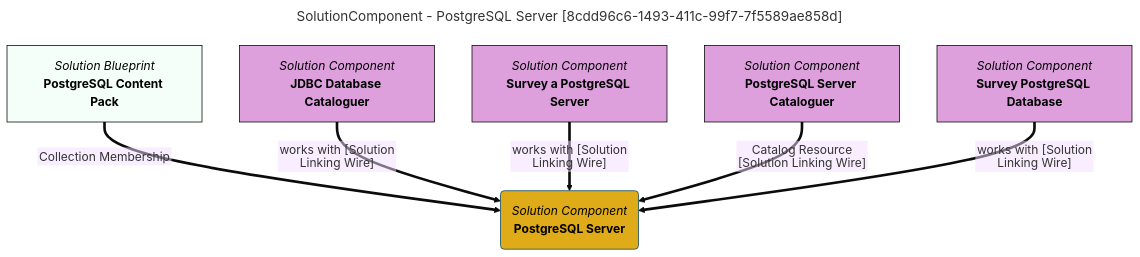
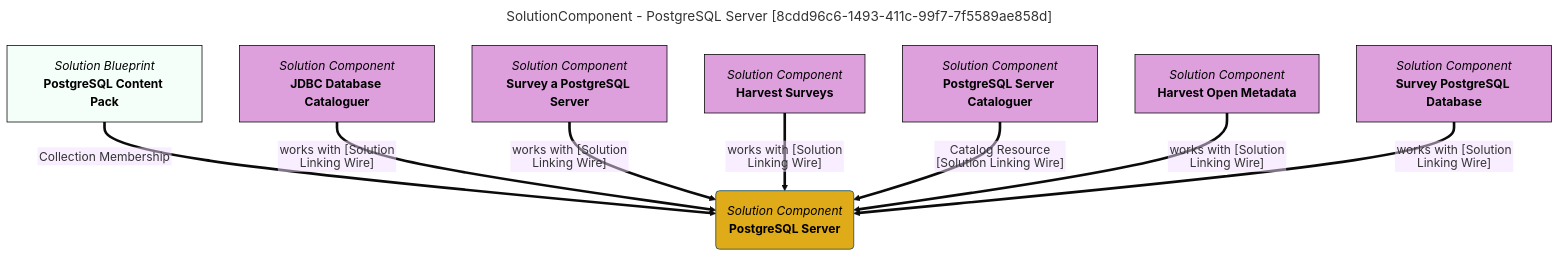
One commit to odpi/egeria-docs changed the diagram in site/snippets/blueprints/components/postgresql-server-mermaid-graph.md. Above: the diagram before and after it, drawn with Mermaid (base theme). The commit also changed 2201 other files, not shown here.

````diff
--- a/site/snippets/blueprints/components/postgresql-server-mermaid-graph.md
+++ b/site/snippets/blueprints/components/postgresql-server-mermaid-graph.md
@@ -1,36 +1,46 @@
 ```mermaid
 ---
 title: SolutionComponent - PostgreSQL Server [8cdd96c6-1493-411c-99f7-7f5589ae858d]
 ---
 flowchart TD
 %%{init: {"flowchart": {"htmlLabels": false}} }%%
 
 1@{ shape: rounded, label: "*Solution Component*
 **PostgreSQL Server**"}
 2@{ shape: rect, label: "*Solution Blueprint*
 **PostgreSQL Content Pack**"}
 2==>|"Collection Membership"|1
 3@{ shape: rect, label: "*Solution Component*
 **JDBC Database Cataloguer**"}
 3==>|"works with [Solution Linking Wire]"|1
 4@{ shape: rect, label: "*Solution Component*
 **Survey a PostgreSQL Server**"}
 4==>|"works with [Solution Linking Wire]"|1
 5@{ shape: rect, label: "*Solution Component*
+**Harvest Surveys**"}
+5==>|"works with [Solution Linking Wire]"|1
+6@{ shape: rect, label: "*Solution Component*
 **PostgreSQL Server Cataloguer**"}
-5==>|"Catalog Resource [Solution Linking Wire]"|1
-6@{ shape: rect, label: "*Solution Component*
+6==>|"Catalog Resource [Solution Linking Wire]"|1
+7@{ shape: rect, label: "*Solution Component*
+**Harvest Open Metadata**"}
+7==>|"works with [Solution Linking Wire]"|1
+8@{ shape: rect, label: "*Solution Component*
 **Survey PostgreSQL Database**"}
-6==>|"works with [Solution Linking Wire]"|1
+8==>|"works with [Solution Linking Wire]"|1
 style 1 color:#000000, fill:#e0ab18, stroke:#004563
 style 2 color:#000000, fill:#f5fffa, stroke:#000000
-style 3 color:#000000, fill:#dda0dd, stroke:#000000
-style 4 color:#000000, fill:#dda0dd, stroke:#000000
-style 5 color:#000000, fill:#dda0dd, stroke:#000000
-style 6 color:#000000, fill:#dda0dd, stroke:#000000
+style 3 color:#000000, fill:#DDA0DD, stroke:#000000
+style 4 color:#000000, fill:#DDA0DD, stroke:#000000
+style 5 color:#000000, fill:#DDA0DD, stroke:#000000
+style 6 color:#000000, fill:#DDA0DD, stroke:#000000
+style 7 color:#000000, fill:#DDA0DD, stroke:#000000
+style 8 color:#000000, fill:#DDA0DD, stroke:#000000
 click 1 "https://www.postgresql.org/" "Click for more documentation" _blank
 click 3 "https://egeria-project.org/concepts/integration-connector/" "Click for more documentation" _blank
 click 4 "https://egeria-project.org/concepts/governance-action-type/" "Click for more documentation" _blank
-click 5 "https://egeria-project.org/concepts/integration-connector/" "Click for more documentation" _blank
-click 6 "https://egeria-project.org/concepts/governance-action-type/" "Click for more documentation" _blank
+click 5 "https://egeria-project.org/concepts/governance-action-type/" "Click for more documentation" _blank
+click 6 "https://egeria-project.org/concepts/integration-connector/" "Click for more documentation" _blank
+click 7 "https://egeria-project.org/concepts/governance-action-type/" "Click for more documentation" _blank
+click 8 "https://egeria-project.org/concepts/governance-action-type/" "Click for more documentation" _blank
 ```
````
